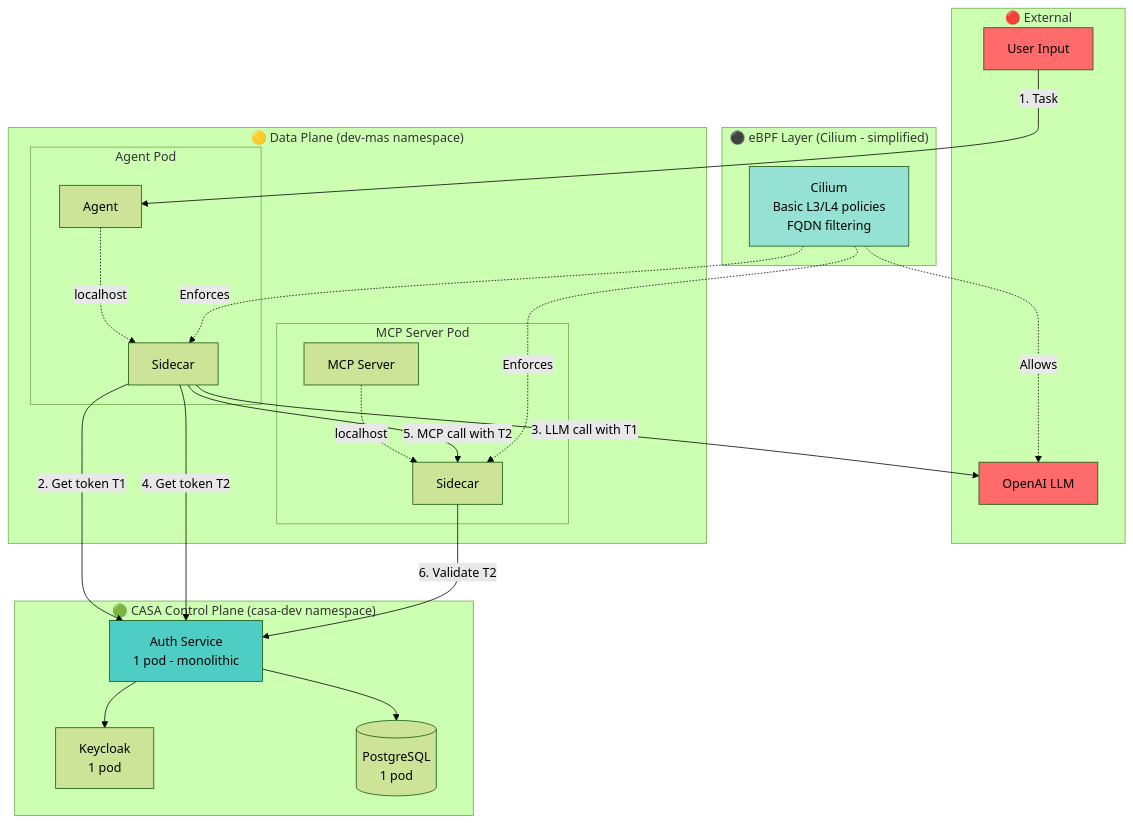
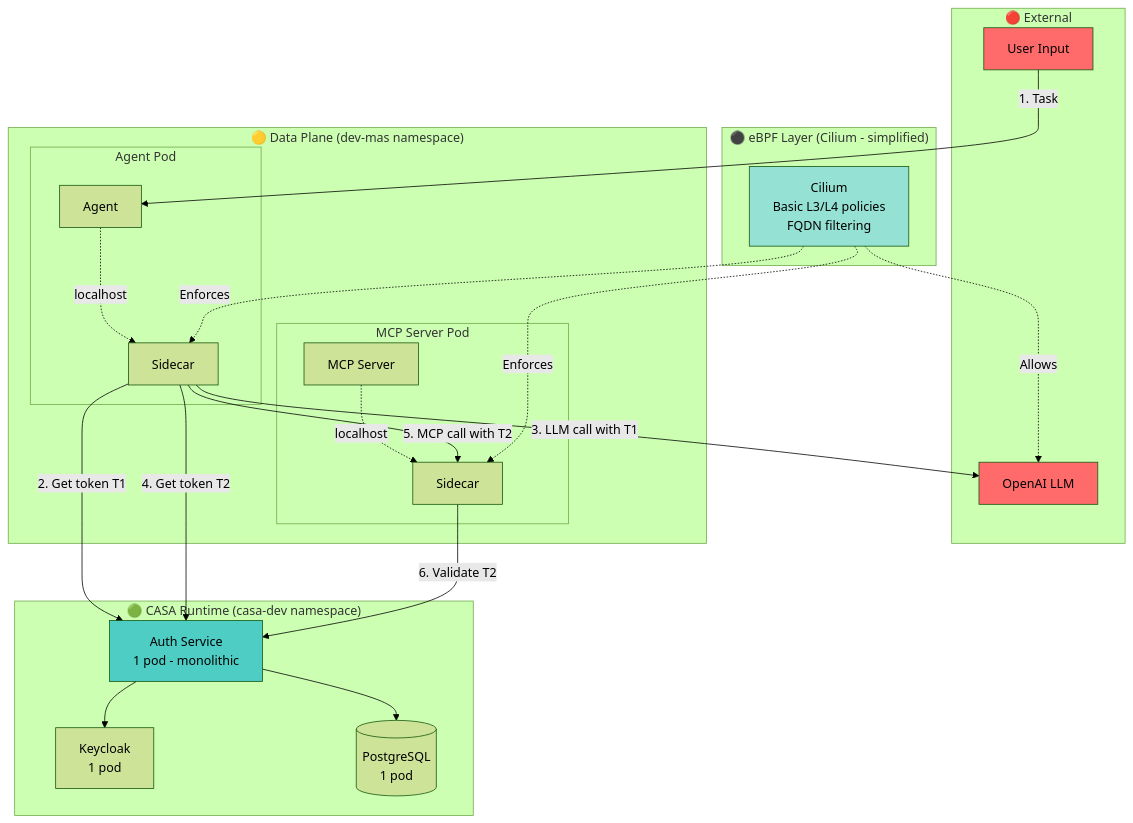
Before and after one commit to outshift-open/CASA: the first of 2 diagrams in docs/dev/specs/SPECS_HIGH_LEVEL_DEV.md, drawn with Mermaid (forest theme). The commit also changed other lines of this file and 95 other files, not shown here.

Commit message:
feat: Rename to CASA runtime

````diff
--- a/docs/dev/specs/SPECS_HIGH_LEVEL_DEV.md
+++ b/docs/dev/specs/SPECS_HIGH_LEVEL_DEV.md
@@ -714,50 +714,50 @@
 ```mermaid
 graph TB
     subgraph "🔴 External"
         USER[User Input]
         LLM[OpenAI LLM]
     end
 
-    subgraph "🟢 CASA Control Plane (casa-dev namespace)"
+    subgraph "🟢 CASA Runtime (casa-dev namespace)"
         AUTH[Auth Service<br/>1 pod - monolithic]
         KC[Keycloak<br/>1 pod]
         PG[(PostgreSQL<br/>1 pod)]
 
         AUTH --> KC
         AUTH --> PG
     end
 
     subgraph "🟡 Data Plane (dev-mas namespace)"
         subgraph "Agent Pod"
             AG[Agent]
             AGS[Sidecar]
             AG -.->|localhost| AGS
         end
 
         subgraph "MCP Server Pod"
             MCP[MCP Server]
             MCPS[Sidecar]
             MCP -.->|localhost| MCPS
         end
     end
 
     subgraph "⚫ eBPF Layer (Cilium - simplified)"
         CILIUM[Cilium<br/>Basic L3/L4 policies<br/>FQDN filtering]
     end
 
     USER -->|1. Task| AG
     AGS -->|2. Get token T1| AUTH
     AGS -->|3. LLM call with T1| LLM
     AGS -->|4. Get token T2| AUTH
     AGS -->|5. MCP call with T2| MCPS
     MCPS -->|6. Validate T2| AUTH
 
     CILIUM -.->|Enforces| AGS
     CILIUM -.->|Enforces| MCPS
     CILIUM -.->|Allows| LLM
 
     style USER fill:#ff6b6b
     style LLM fill:#ff6b6b
     style AUTH fill:#4ecdc4
     style CILIUM fill:#95e1d3
 ```
````
